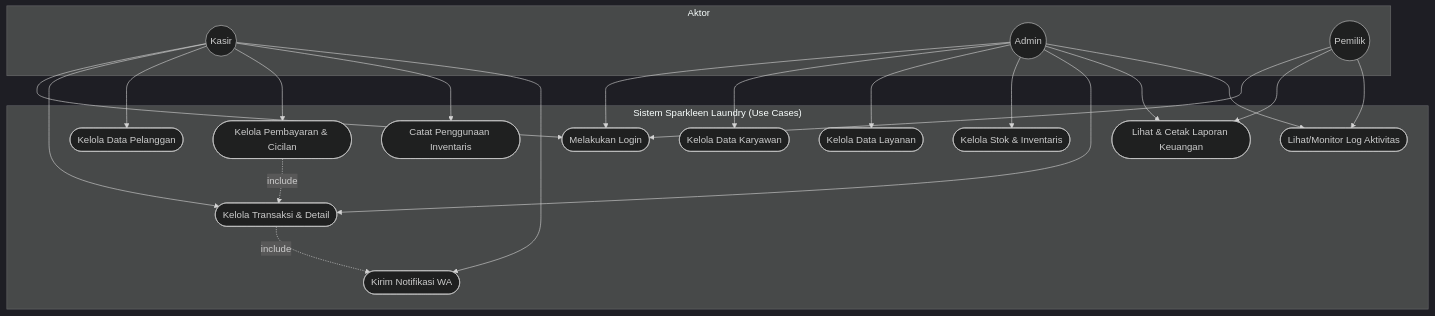
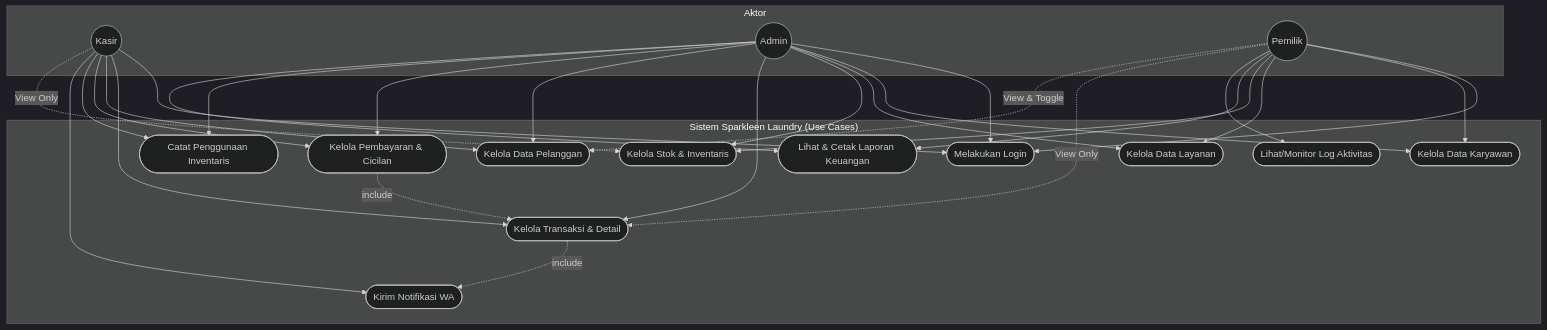
One commit to rachmatx/sparkleen-laundry changed the first of 12 diagrams in uml_and_system_design_documentation.md. Above: the diagram before and after it, drawn with Mermaid (dark theme). The commit also changed other lines of this file and 42 other files, not shown here.

First line of the commit message:
feat: implement dynamic payment UI, BPMN diagram, and mermaid renderer enhancements

````diff
--- a/uml_and_system_design_documentation.md
+++ b/uml_and_system_design_documentation.md
@@ -11,44 +11,52 @@
 ```mermaid
 graph TD
     subgraph Aktor
         Kasir((Kasir))
         Admin((Admin))
         Pemilik((Pemilik))
     end
 
     subgraph "Sistem Sparkleen Laundry (Use Cases)"
         UC_Login([Melakukan Login])
         UC_Transaksi([Kelola Transaksi & Detail])
         UC_Pelanggan([Kelola Data Pelanggan])
         UC_Bayar([Kelola Pembayaran & Cicilan])
         UC_InventarisPakai([Catat Penggunaan Inventaris])
         UC_WA([Kirim Notifikasi WA])
         UC_Karyawan([Kelola Data Karyawan])
         UC_Layanan([Kelola Data Layanan])
         UC_Inventaris([Kelola Stok & Inventaris])
         UC_Laporan([Lihat & Cetak Laporan Keuangan])
         UC_LogAktivitas([Lihat/Monitor Log Aktivitas])
     end
 
     Kasir --> UC_Login
     Kasir --> UC_Transaksi
     Kasir --> UC_Pelanggan
     Kasir --> UC_Bayar
     Kasir --> UC_InventarisPakai
     Kasir --> UC_WA
+    Kasir -.->|View Only| UC_Inventaris
 
     Admin --> UC_Login
     Admin --> UC_Karyawan
     Admin --> UC_Layanan
     Admin --> UC_Inventaris
     Admin --> UC_Transaksi
+    Admin --> UC_Pelanggan
+    Admin --> UC_Bayar
+    Admin --> UC_InventarisPakai
     Admin --> UC_Laporan
-    Admin --> UC_LogAktivitas
 
     Pemilik --> UC_Login
+    Pemilik --> UC_Karyawan
+    Pemilik --> UC_Layanan
+    Pemilik --> UC_Inventaris
     Pemilik --> UC_Laporan
     Pemilik --> UC_LogAktivitas
+    Pemilik -.->|View Only| UC_Transaksi
+    Pemilik -.->|View & Toggle| UC_Pelanggan
 
     UC_Transaksi -.->|include| UC_WA
     UC_Bayar -.->|include| UC_Transaksi
 ```
````
